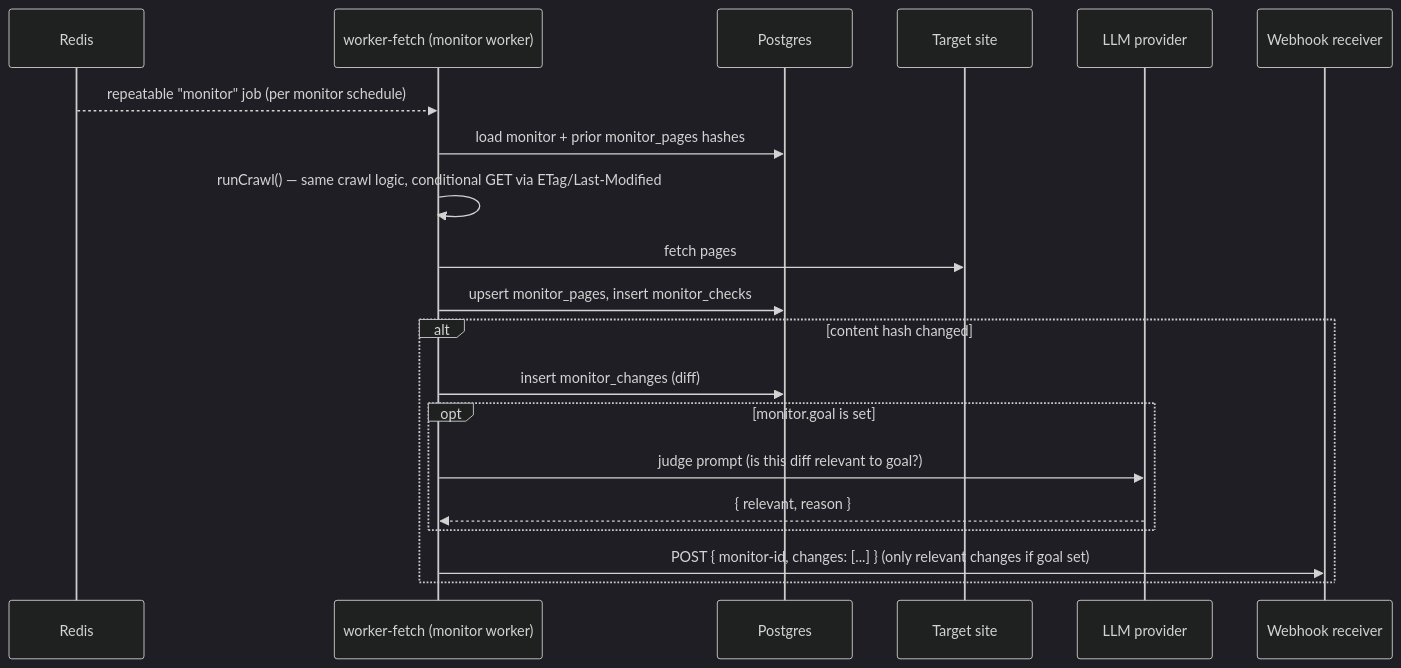
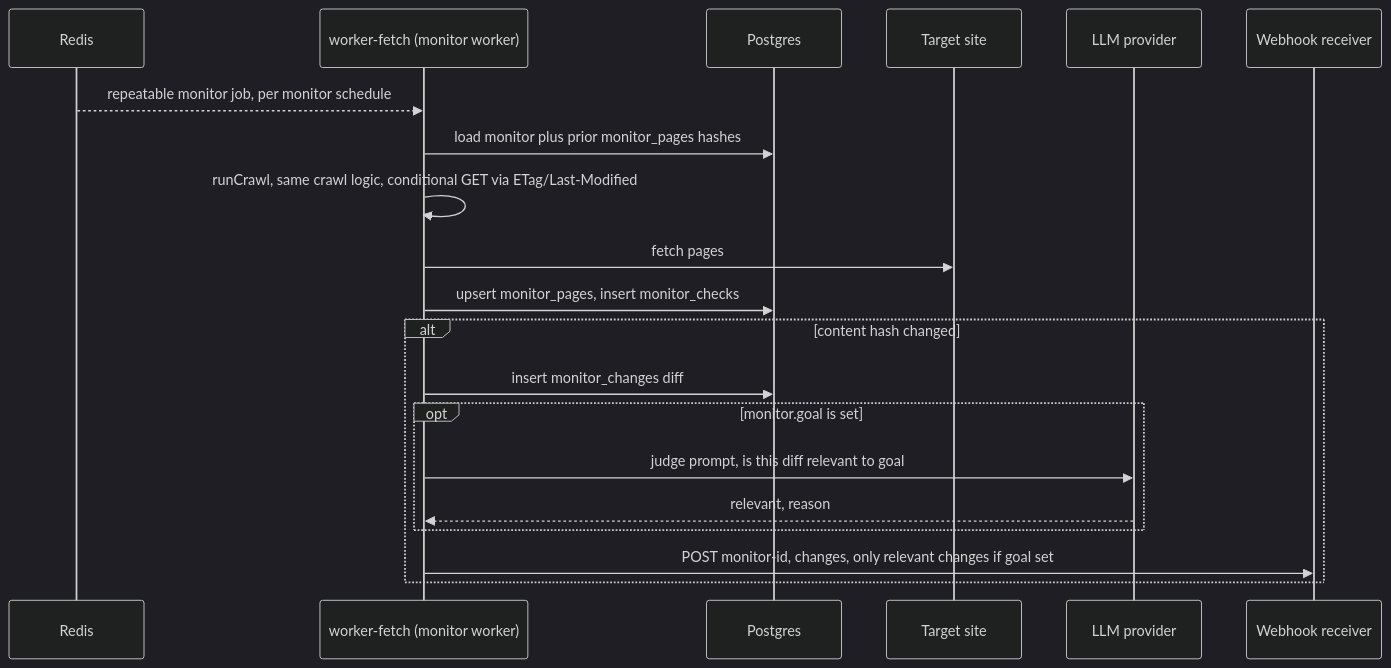
Before and after one commit to samuelorobosa/quarry: the fourth of 5 diagrams in docs/architecture.md, drawn with Mermaid (dark theme). The commit also changed other lines of this file and 6 other files, not shown here.

Commit message:
feat: update architecture documentation and remove obsolete files

````diff
--- a/docs/architecture.md
+++ b/docs/architecture.md
@@ -106,23 +106,23 @@
 ```mermaid
 sequenceDiagram
     participant Redis
     participant Worker as worker-fetch (monitor worker)
     participant Postgres
     participant Site as Target site
     participant LLM as LLM provider
     participant Hook as Webhook receiver
 
-    Redis-->>Worker: repeatable "monitor" job (per monitor schedule)
-    Worker->>Postgres: load monitor + prior monitor_pages hashes
-    Worker->>Worker: runCrawl() — same crawl logic, conditional GET via ETag/Last-Modified
+    Redis-->>Worker: repeatable monitor job, per monitor schedule
+    Worker->>Postgres: load monitor plus prior monitor_pages hashes
+    Worker->>Worker: runCrawl, same crawl logic, conditional GET via ETag/Last-Modified
     Worker->>Site: fetch pages
     Worker->>Postgres: upsert monitor_pages, insert monitor_checks
     alt content hash changed
-        Worker->>Postgres: insert monitor_changes (diff)
+        Worker->>Postgres: insert monitor_changes diff
         opt monitor.goal is set
-            Worker->>LLM: judge prompt (is this diff relevant to goal?)
-            LLM-->>Worker: { relevant, reason }
+            Worker->>LLM: judge prompt, is this diff relevant to goal
+            LLM-->>Worker: relevant, reason
         end
-        Worker->>Hook: POST { monitor-id, changes: [...] } (only relevant changes if goal set)
+        Worker->>Hook: POST monitor-id, changes, only relevant changes if goal set
     end
 ```
````
